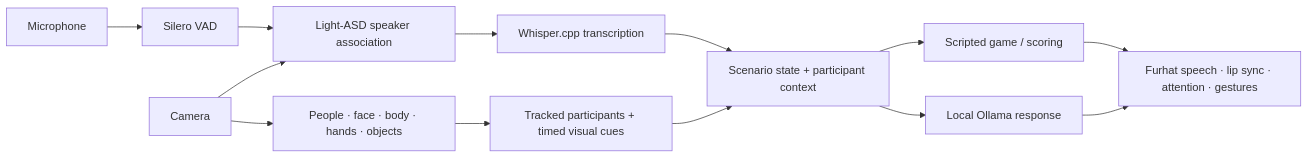
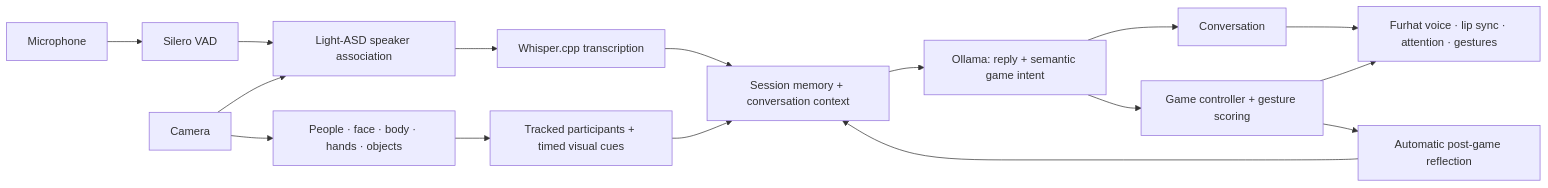
The diagram in docs/architecture.md (BrunoMelicio/real-time-multimodal-furhat), drawn with Mermaid before and after one commit. The commit also changed other lines of this file and 21 other files, not shown here.

Commit message:
Add continuous interaction, public roadmap and MIT licensing

````diff
--- a/docs/architecture.md
+++ b/docs/architecture.md
@@ -3,15 +3,18 @@
 ```mermaid
 flowchart LR
     Camera[Camera] --> Vision[People · face · body · hands · objects]
     Vision --> Cues[Tracked participants + timed visual cues]
     Mic[Microphone] --> VAD[Silero VAD]
     VAD --> ASD[Light-ASD speaker association]
     Camera --> ASD
     ASD --> ASR[Whisper.cpp transcription]
-    ASR --> Scene[Scenario state + participant context]
-    Cues --> Scene
-    Scene --> Game[Scripted game / scoring]
-    Scene --> LLM[Local Ollama response]
-    Game --> Robot[Furhat speech · lip sync · attention · gestures]
-    LLM --> Robot
+    ASR --> Session[Session memory + conversation context]
+    Cues --> Session
+    Session --> LLM[Ollama: reply + semantic game intent]
+    LLM --> Chat[Conversation]
+    LLM --> Game[Game controller + gesture scoring]
+    Game --> Reflect[Automatic post-game reflection]
+    Reflect --> Session
+    Chat --> Robot[Furhat voice · lip sync · attention · gestures]
+    Game --> Robot
 ```
````
